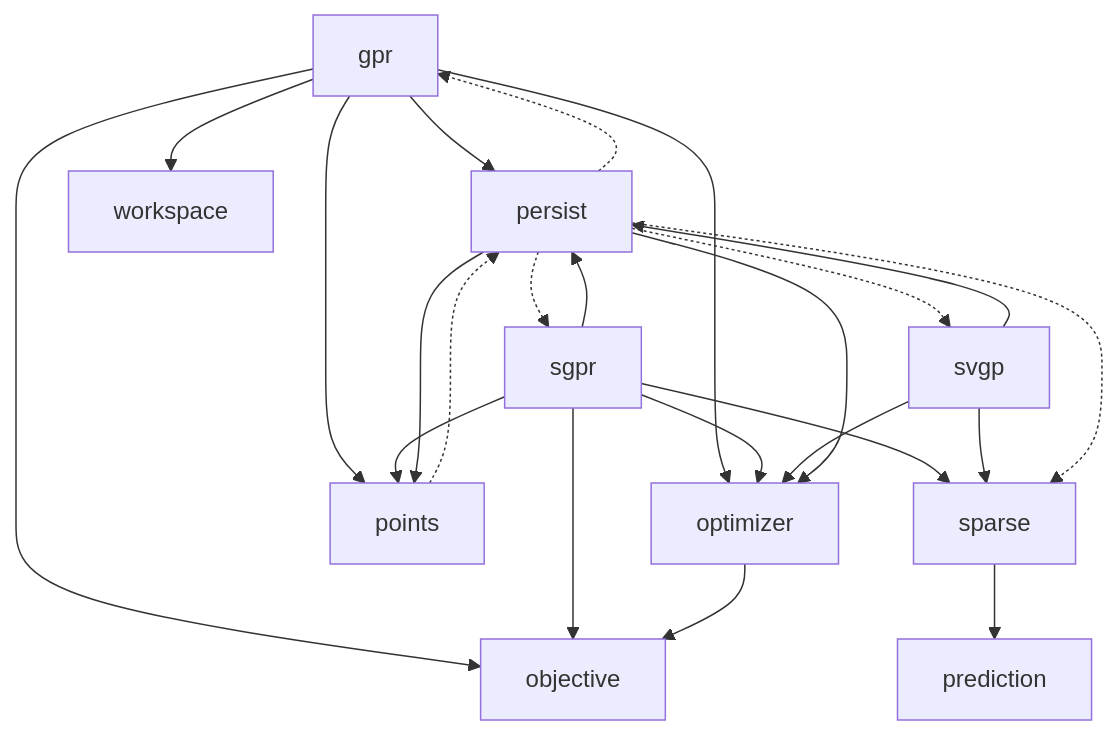
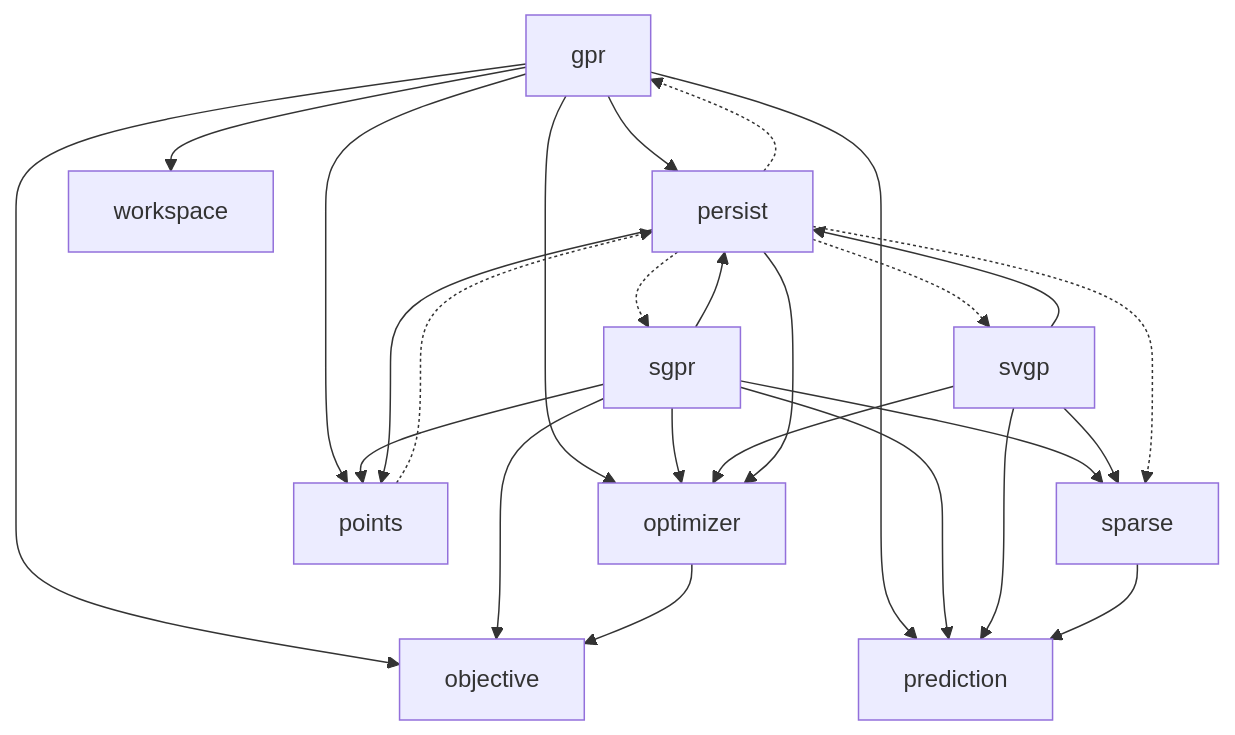
One commit to YUKIKEDA/gprx changed the second of 3 diagrams in docs/architecture.ja.md. Above: the diagram before and after it, drawn with Mermaid. The commit also changed other lines of this file and 18 other files, not shown here.

````diff
--- a/docs/architecture.ja.md
+++ b/docs/architecture.ja.md
@@ -94,25 +94,28 @@
 ```mermaid
 flowchart TB
     gpr --> objective
+    gpr --> prediction
     gpr --> optimizer
     gpr --> persist
     gpr --> points
     gpr --> workspace
     sgpr --> objective
+    sgpr --> prediction
     sgpr --> optimizer
     sgpr --> persist
     sgpr --> points
     sgpr --> sparse
     svgp --> optimizer
+    svgp --> prediction
     svgp --> persist
     svgp --> sparse
     sparse --> prediction
     persist -.-> gpr
     persist -.-> sgpr
     persist -.-> svgp
     persist -.-> sparse
     persist --> optimizer
     persist --> points
     optimizer --> objective
     points -.-> persist
 ```
````
